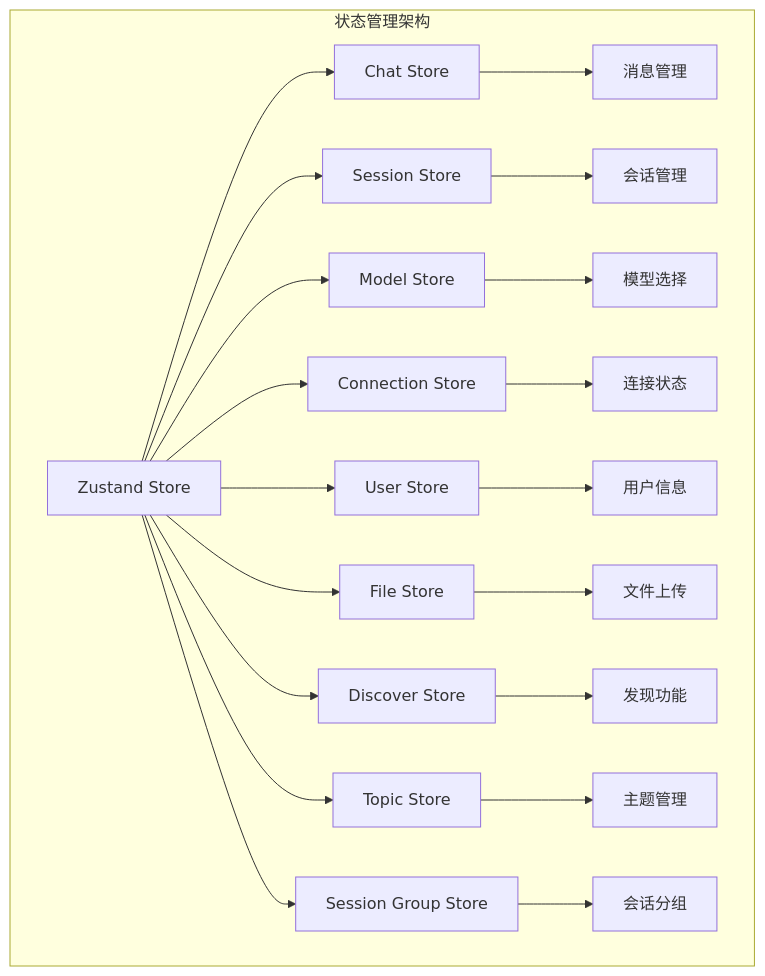
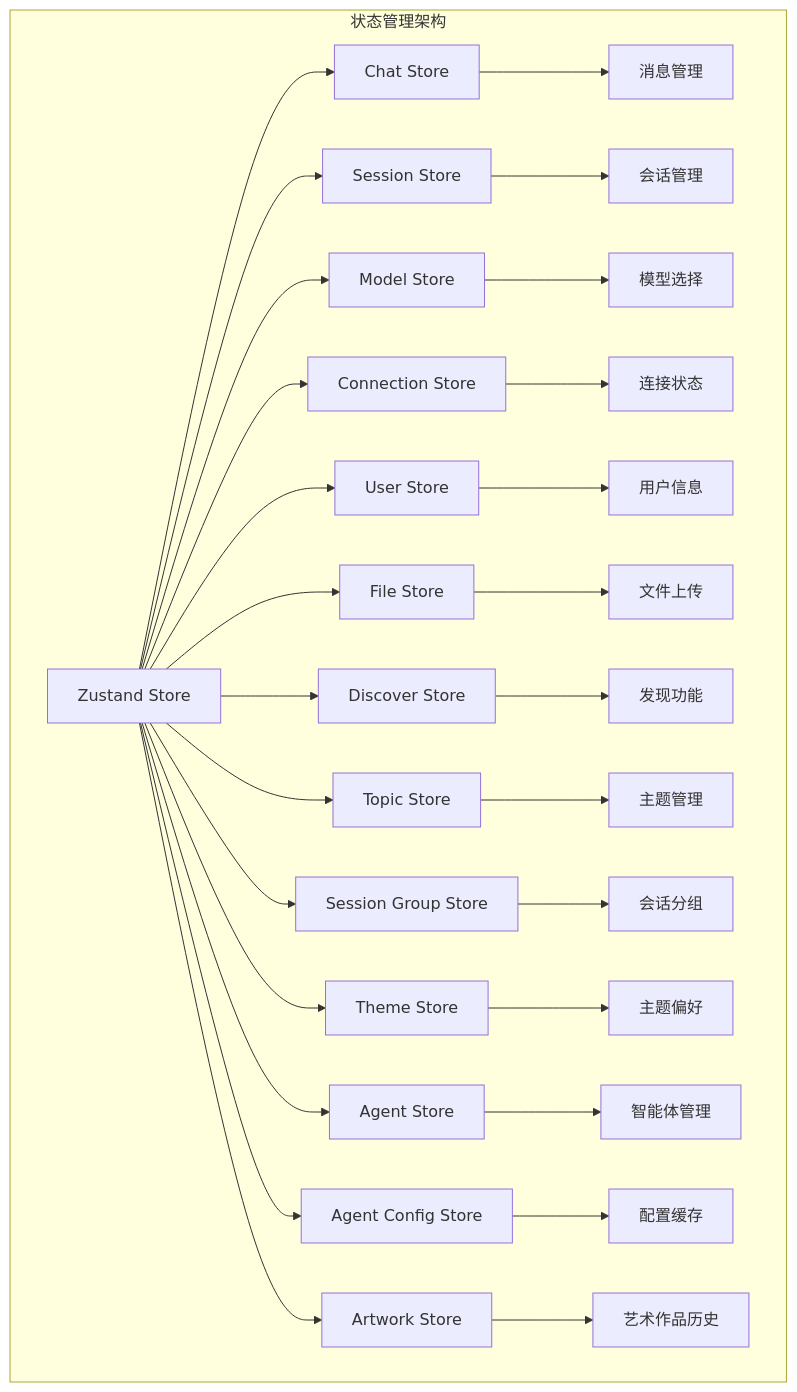
Before and after one commit to AvatoLabs/avato: the second of 13 diagrams in .qoder/repowiki/zh/content/状态管理/移动端状态管理.md, drawn with Mermaid. The commit also changed other lines of this file and 158 other files, not shown here.

````diff
--- a/.qoder/repowiki/zh/content/状态管理/移动端状态管理.md
+++ b/.qoder/repowiki/zh/content/状态管理/移动端状态管理.md
@@ -89,23 +112,31 @@
 ```mermaid
 graph TD
 subgraph "状态管理架构"
 A[Zustand Store] --> B[Chat Store]
 A --> C[Session Store]
 A --> D[Model Store]
 A --> E[Connection Store]
 A --> F[User Store]
 A --> G[File Store]
 A --> H[Discover Store]
 A --> I[Topic Store]
 A --> J[Session Group Store]
-B --> K[消息管理]
-C --> L[会话管理]
-D --> M[模型选择]
-E --> N[连接状态]
-F --> O[用户信息]
-G --> P[文件上传]
-H --> Q[发现功能]
-I --> R[主题管理]
-J --> S[会话分组]
+A --> K[Theme Store]
+A --> L[Agent Store]
+A --> M[Agent Config Store]
+A --> N[Artwork Store]
+B --> O[消息管理]
+C --> P[会话管理]
+D --> Q[模型选择]
+E --> R[连接状态]
+F --> S[用户信息]
+G --> T[文件上传]
+H --> U[发现功能]
+I --> V[主题管理]
+J --> W[会话分组]
+K --> X[主题偏好]
+L --> Y[智能体管理]
+M --> Z[配置缓存]
+N --> AA[艺术作品历史]
 end
 ```
````
